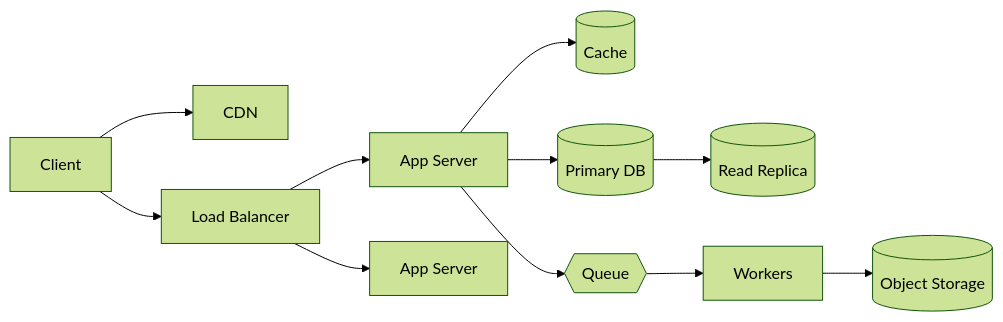
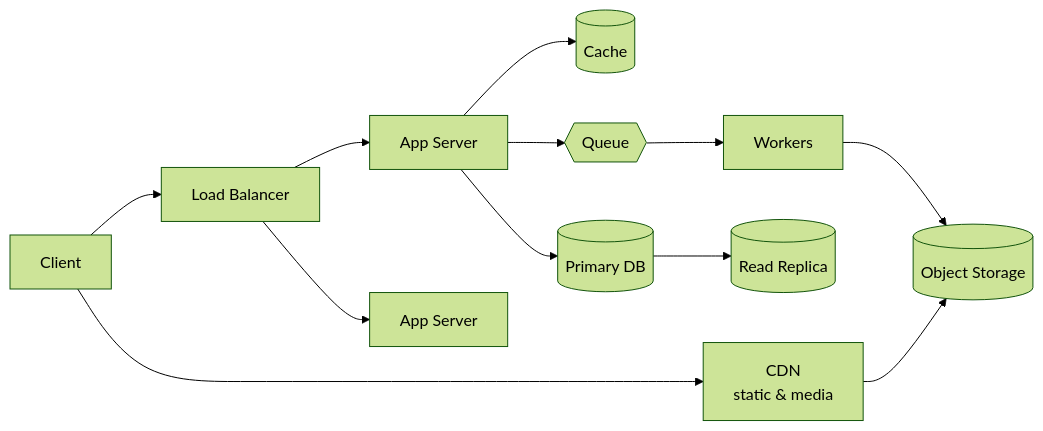
One commit to hshtgbrendo/software-dev-prep changed the second of 2 diagrams in design/3 System Design/System Design Interview Framework.md. Above: the diagram before and after it, drawn with Mermaid (forest theme). The commit also changed other lines of this file and 28 other files, not shown here.

````diff
--- a/design/3 System Design/System Design Interview Framework.md
+++ b/design/3 System Design/System Design Interview Framework.md
@@ -72,12 +100,13 @@
 ```mermaid
 flowchart LR
-  Client --> CDN
+  Client --> CDN[CDN<br/>static & media]
   Client --> LB[Load Balancer]
   LB --> API1[App Server]
   LB --> API2[App Server]
   API1 --> Cache[(Cache)]
   API1 --> DB[(Primary DB)]
   DB --> R[(Read Replica)]
   API1 --> Q{{Queue}} --> W[Workers]
   W --> OS[(Object Storage)]
+  CDN --> OS
 ```
````
